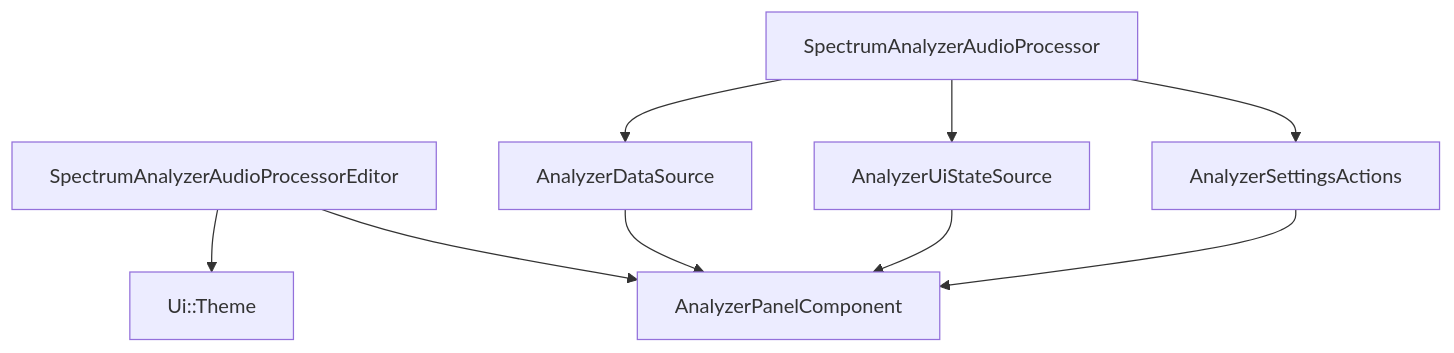
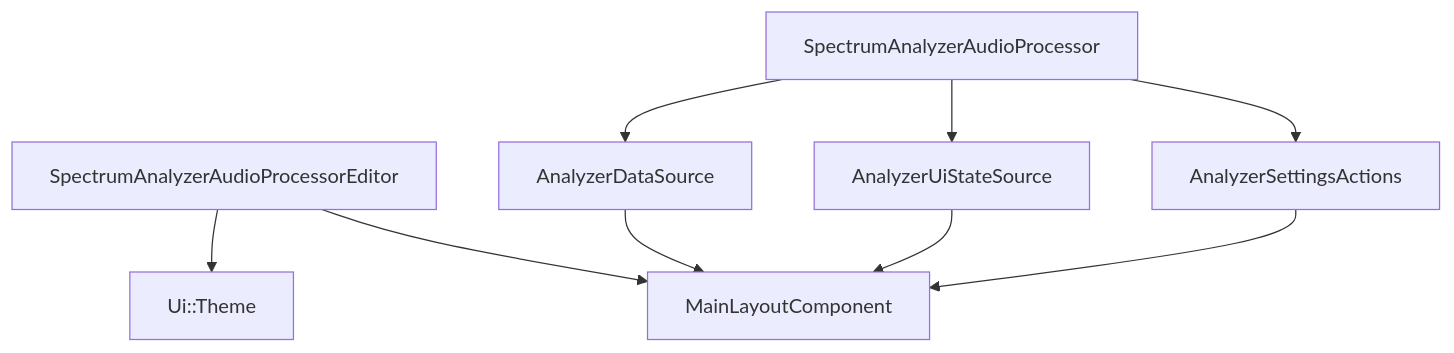
One commit to Silenterc/Band-Spectrum-Analyzer changed the first of 10 diagrams in docs/ui-architecture.md. Above: the diagram before and after it, drawn with Mermaid. The commit also changed other lines of this file and 9 other files, not shown here.

````diff
--- a/docs/ui-architecture.md
+++ b/docs/ui-architecture.md
@@ -7,11 +7,11 @@
 ```mermaid
 flowchart TD
     Editor[SpectrumAnalyzerAudioProcessorEditor] --> Theme[Ui::Theme]
-    Editor --> Panel[AnalyzerPanelComponent]
+    Editor --> Layout[MainLayoutComponent]
     Processor[SpectrumAnalyzerAudioProcessor] --> DataSource[AnalyzerDataSource]
     Processor --> UiState[AnalyzerUiStateSource]
     Processor --> Settings[AnalyzerSettingsActions]
-    DataSource --> Panel
-    UiState --> Panel
-    Settings --> Panel
+    DataSource --> Layout
+    UiState --> Layout
+    Settings --> Layout
 ```
````
